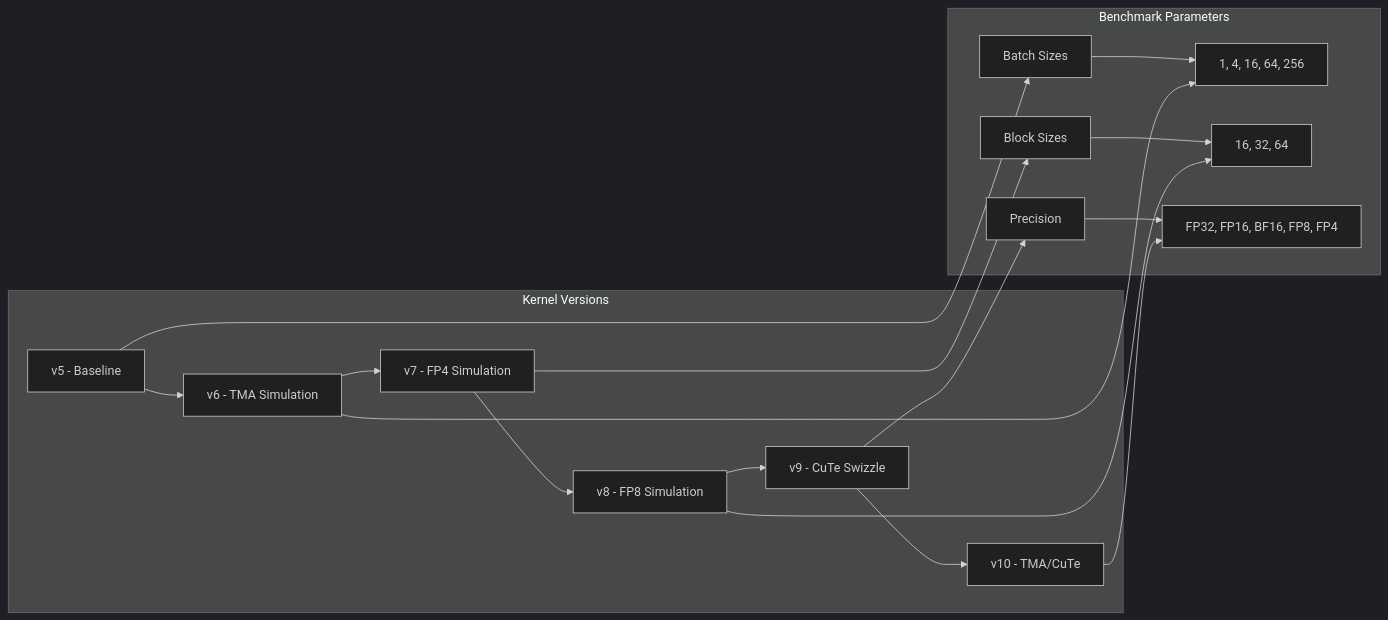
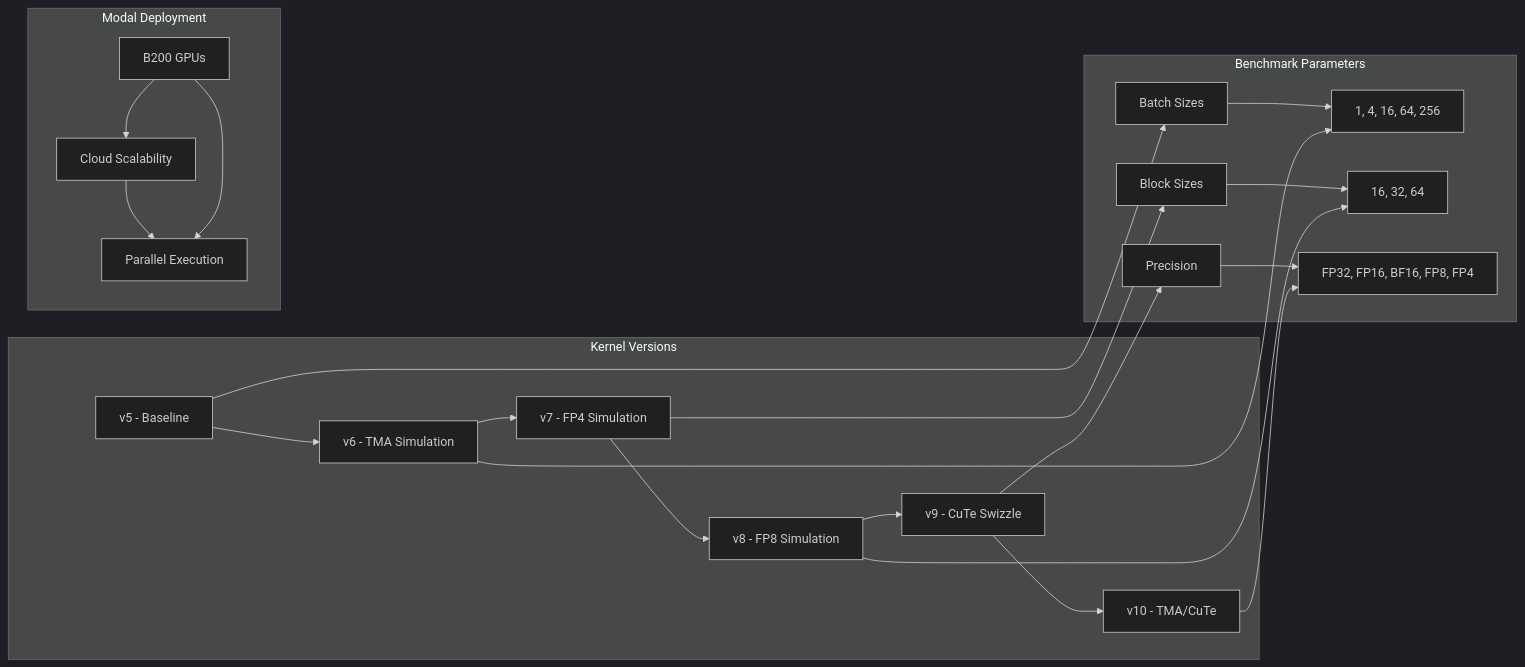
One commit to gugudeshubao/flashinfer-bench-tma-thrust changed the fourth of 12 diagrams in .qoder/repowiki/en/content/Testing Debugging Framework.md. Above: the diagram before and after it, drawn with Mermaid (dark theme). The commit also changed other lines of this file and 5 other files, not shown here.

````diff
--- a/.qoder/repowiki/en/content/Testing Debugging Framework.md
+++ b/.qoder/repowiki/en/content/Testing Debugging Framework.md
@@ -201,21 +217,26 @@
 ```mermaid
 graph LR
 subgraph "Kernel Versions"
 A[v5 - Baseline] --> B[v6 - TMA Simulation]
 B --> C[v7 - FP4 Simulation]
 C --> D[v8 - FP8 Simulation]
 D --> E[v9 - CuTe Swizzle]
 E --> F[v10 - TMA/CuTe]
 end
 subgraph "Benchmark Parameters"
 G[Batch Sizes] --> H[1, 4, 16, 64, 256]
 I[Block Sizes] --> J[16, 32, 64]
 K[Precision] --> L[FP32, FP16, BF16, FP8, FP4]
 end
+subgraph "Modal Deployment"
+M[B200 GPUs] --> N[Cloud Scalability]
+N --> O[Parallel Execution]
+end
 A --> G
 B --> H
 C --> I
 D --> J
 E --> K
 F --> L
+M --> O
 ```
````
